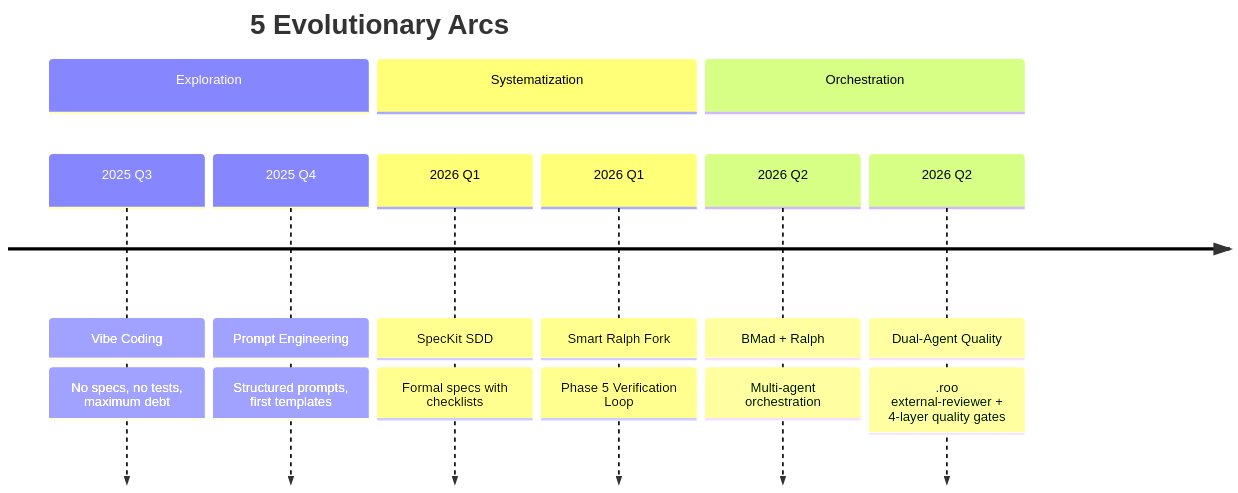
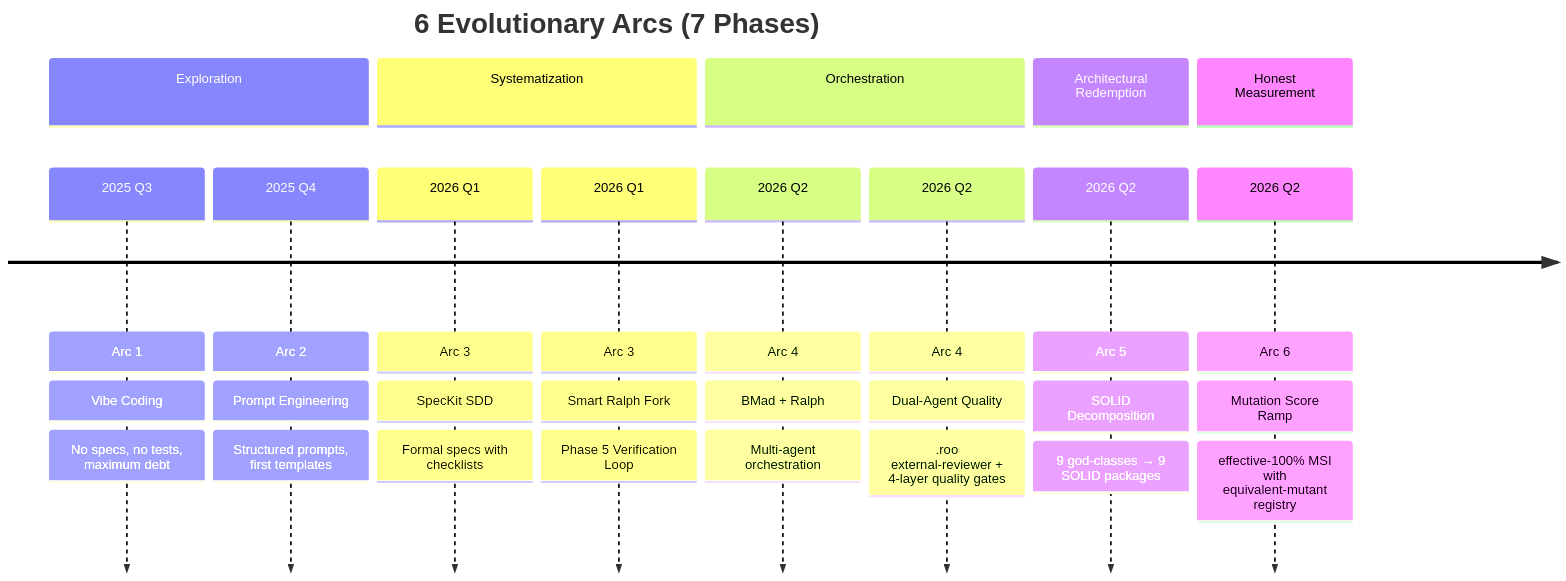
The first of 2 diagrams in _ai/PORTFOLIO.md (informatico-madrid/ha-ev-trip-planner), drawn with Mermaid before and after one commit. The commit also changed other lines of this file and 618 other files, not shown here.

````diff
--- a/_ai/PORTFOLIO.md
+++ b/_ai/PORTFOLIO.md
@@ -75,13 +83,17 @@
 ```mermaid
 timeline
-    title 5 Evolutionary Arcs
+    title 6 Evolutionary Arcs (7 Phases)
     section Exploration
-        2025 Q3 : Vibe Coding : No specs, no tests, maximum debt
-        2025 Q4 : Prompt Engineering : Structured prompts, first templates
+        2025 Q3 : Arc 1: Vibe Coding : No specs, no tests, maximum debt
+        2025 Q4 : Arc 2: Prompt Engineering : Structured prompts, first templates
     section Systematization
-        2026 Q1 : SpecKit SDD : Formal specs with checklists
-        2026 Q1 : Smart Ralph Fork : Phase 5 Verification Loop
+        2026 Q1 : Arc 3: SpecKit SDD : Formal specs with checklists
+        2026 Q1 : Arc 3: Smart Ralph Fork : Phase 5 Verification Loop
     section Orchestration
-        2026 Q2 : BMad + Ralph : Multi-agent orchestration
-        2026 Q2 : Dual-Agent Quality : .roo external-reviewer + 4-layer quality gates
+        2026 Q2 : Arc 4: BMad + Ralph : Multi-agent orchestration
+        2026 Q2 : Arc 4: Dual-Agent Quality : .roo external-reviewer + 4-layer quality gates
+    section Architectural Redemption
+        2026 Q2 : Arc 5: SOLID Decomposition : 9 god-classes → 9 SOLID packages
+    section Honest Measurement
+        2026 Q2 : Arc 6: Mutation Score Ramp : effective-100% MSI with equivalent-mutant registry
 ```
````
